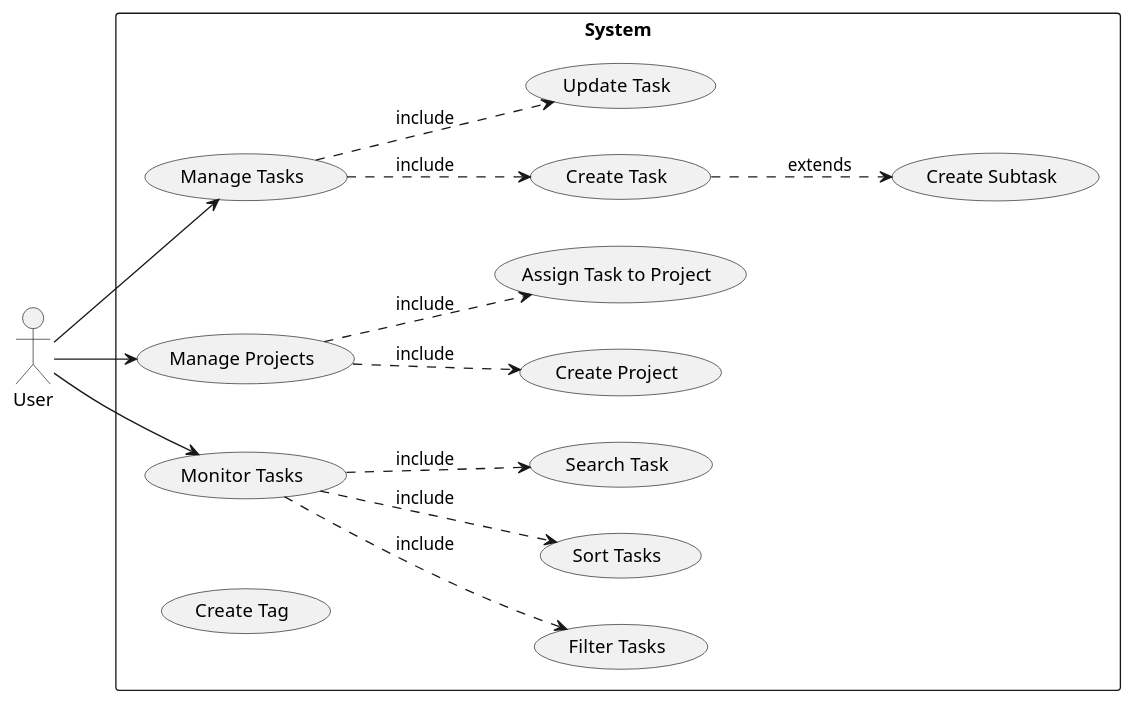
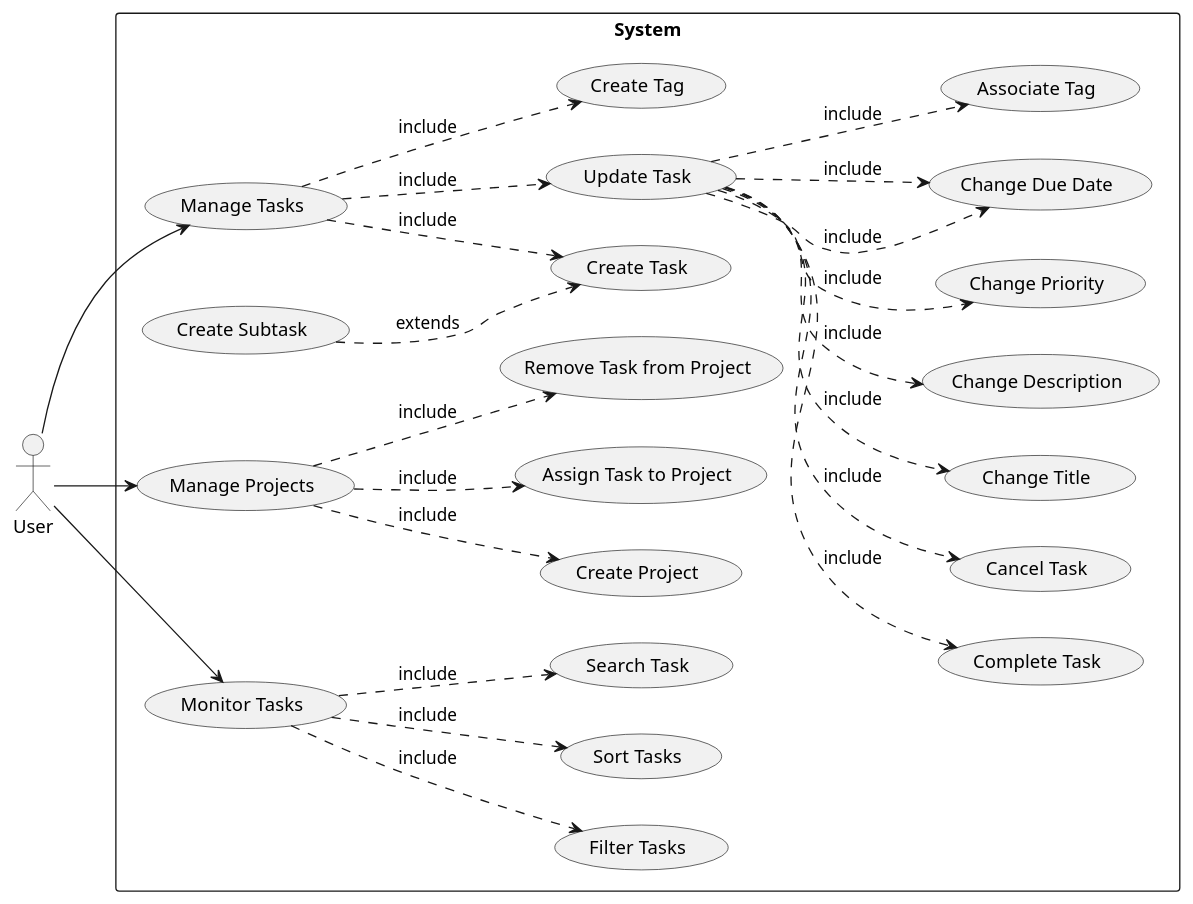
One commit to t-mandam/SOEN_342_Group_Project changed the diagram in Iteration_01/Use Cases/use_case_diagram.plantuml. Above: the diagram before and after it, drawn with PlantUML.

Commit message:
Update with new use cases and relationships
Link `Create Tag` to User
Create all use cases regarding modifications of the Task's attributes

```diff
--- a/Iteration_01/Use Cases/use_case_diagram.plantuml
+++ b/Iteration_01/Use Cases/use_case_diagram.plantuml
@@ -1,31 +1,49 @@
 @startuml
 left to right direction
 actor User as u
 rectangle System {
    usecase "Manage Tasks" as mt
      usecase "Create Task" as ctk
        usecase "Create Subtask" as cs
-       ctk ..> cs : extends
+       cs ..> ctk : extends
      usecase "Update Task" as ut
+       usecase "Complete Task" as cmpt
+       usecase "Cancel Task" as cclt
+       usecase "Change Title" as chgt
+       usecase "Change Description" as chgd
+       usecase "Change Priority" as chgp
+       usecase "Change Due Date" as cdd
+       usecase "Associate Tag" as asstg
+       ut ..> cmpt : include
+       ut ..> cclt : include
+       ut ..> chgt : include
+       ut ..> chgd : include
+       ut ..> chgp : include
+       ut ..> cdd : include
+       ut ..> asstg : include
+       ut ..> cdd : include
+     usecase "Create Tag" as ctg
      mt ..> ctk : include
      mt ..> ut : include
+     mt ..> ctg : include
 
    usecase "Manage Projects" as mp
      usecase "Create Project" as cp
      usecase "Assign Task to Project" as attp
+     usecase "Remove Task from Project" as rtfp
      mp ..> cp : include
      mp ..> attp : include
+     mp ..> rtfp : include
 
    usecase "Monitor Tasks" as mot
      usecase "Filter Tasks" as ft
      usecase "Sort Tasks" as st
      usecase "Search Task" as srch
      mot ..> ft : include
      mot ..> st : include
      mot ..> srch : include
-   usecase "Create Tag" as ctg
 }
 u --> mt
 u --> mp
 u --> mot
 @enduml
```
